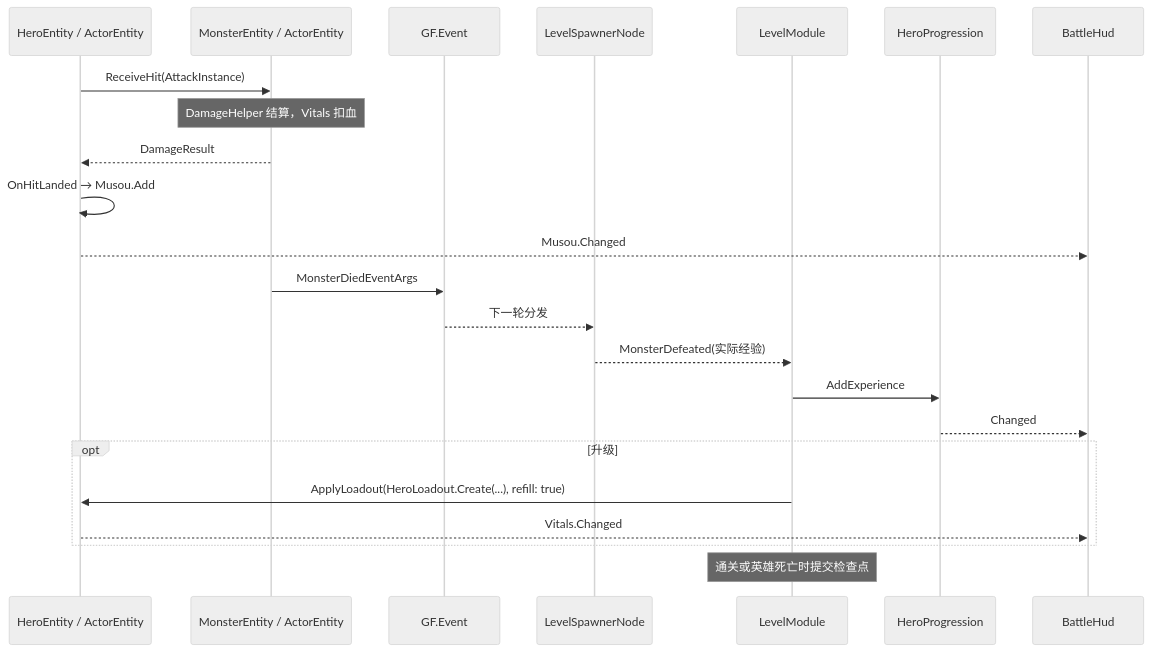
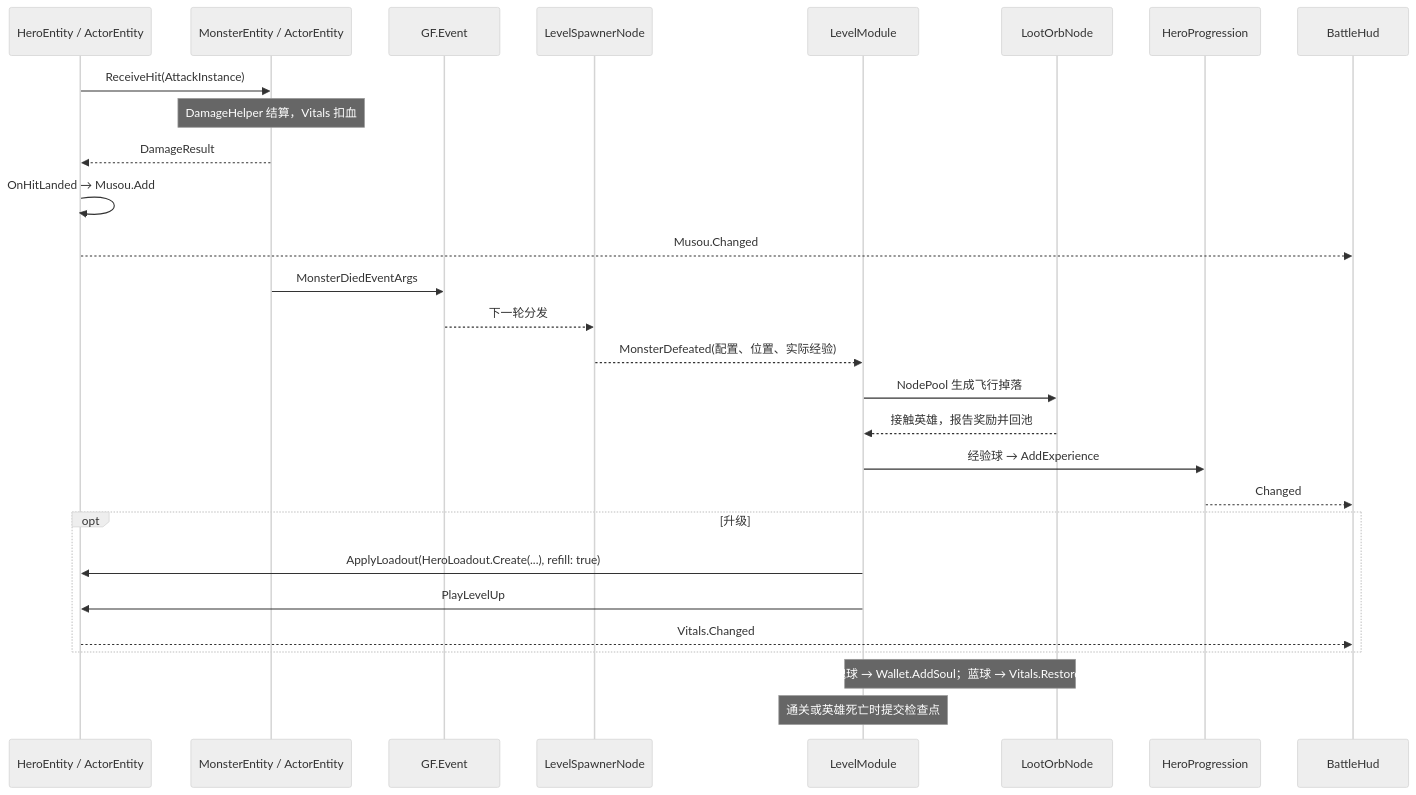
Before and after one commit to zheliku/GameZMXY: the second of 3 diagrams in Docs/ProjectTour.md, drawn with Mermaid (neutral theme). The commit also changed other lines of this file and 258 other files, not shown here.

````diff
--- a/Docs/ProjectTour.md
+++ b/Docs/ProjectTour.md
@@ -57,25 +57,30 @@
 ```mermaid
 sequenceDiagram
     participant Hero as HeroEntity / ActorEntity
     participant Monster as MonsterEntity / ActorEntity
     participant Events as GF.Event
     participant Spawner as LevelSpawnerNode
     participant Level as LevelModule
+    participant Orb as LootOrbNode
     participant Growth as HeroProgression
     participant Hud as BattleHud
     Hero->>Monster: ReceiveHit(AttackInstance)
     Note over Monster: DamageHelper 结算，Vitals 扣血
     Monster-->>Hero: DamageResult
     Hero->>Hero: OnHitLanded → Musou.Add
     Hero-->>Hud: Musou.Changed
     Monster->>Events: MonsterDiedEventArgs
     Events-->>Spawner: 下一轮分发
-    Spawner-->>Level: MonsterDefeated(实际经验)
-    Level->>Growth: AddExperience
+    Spawner-->>Level: MonsterDefeated(配置、位置、实际经验)
+    Level->>Orb: NodePool 生成飞行掉落
+    Orb-->>Level: 接触英雄，报告奖励并回池
+    Level->>Growth: 经验球 → AddExperience
     Growth-->>Hud: Changed
     opt 升级
         Level->>Hero: ApplyLoadout(HeroLoadout.Create(...), refill: true)
+        Level->>Hero: PlayLevelUp
         Hero-->>Hud: Vitals.Changed
     end
+    Note over Level,Orb: 灵魂球 → Wallet.AddSoul；蓝球 → Vitals.RestoreMp
     Note over Level: 通关或英雄死亡时提交检查点
 ```
````
